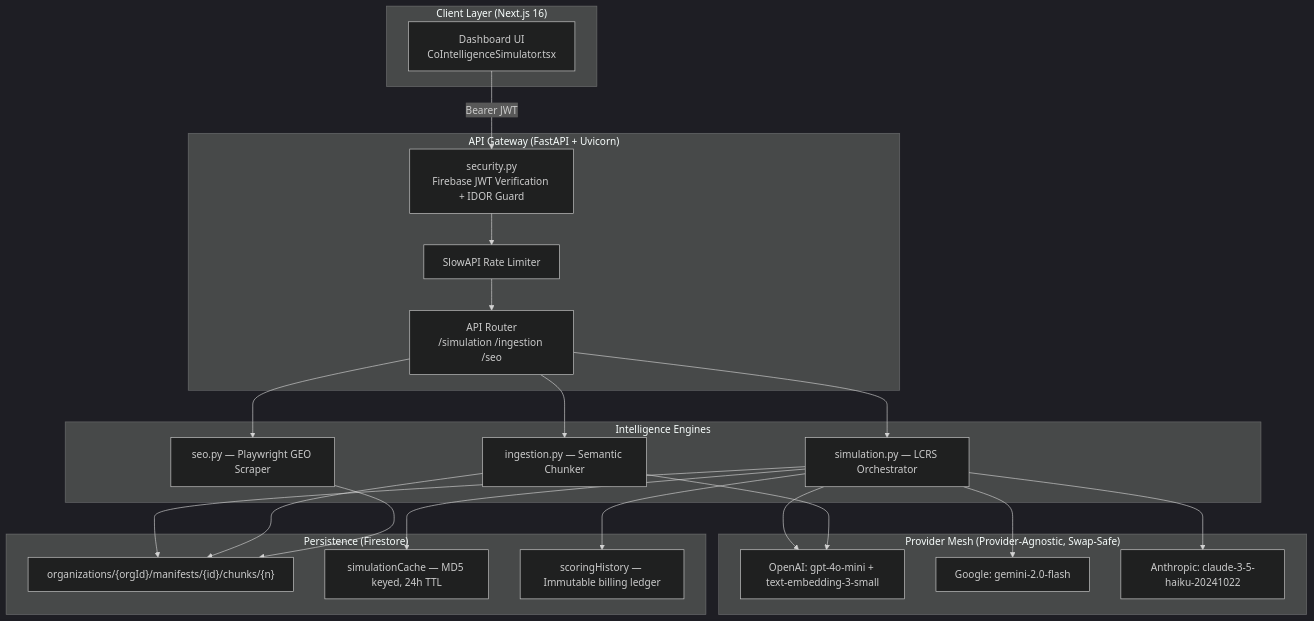
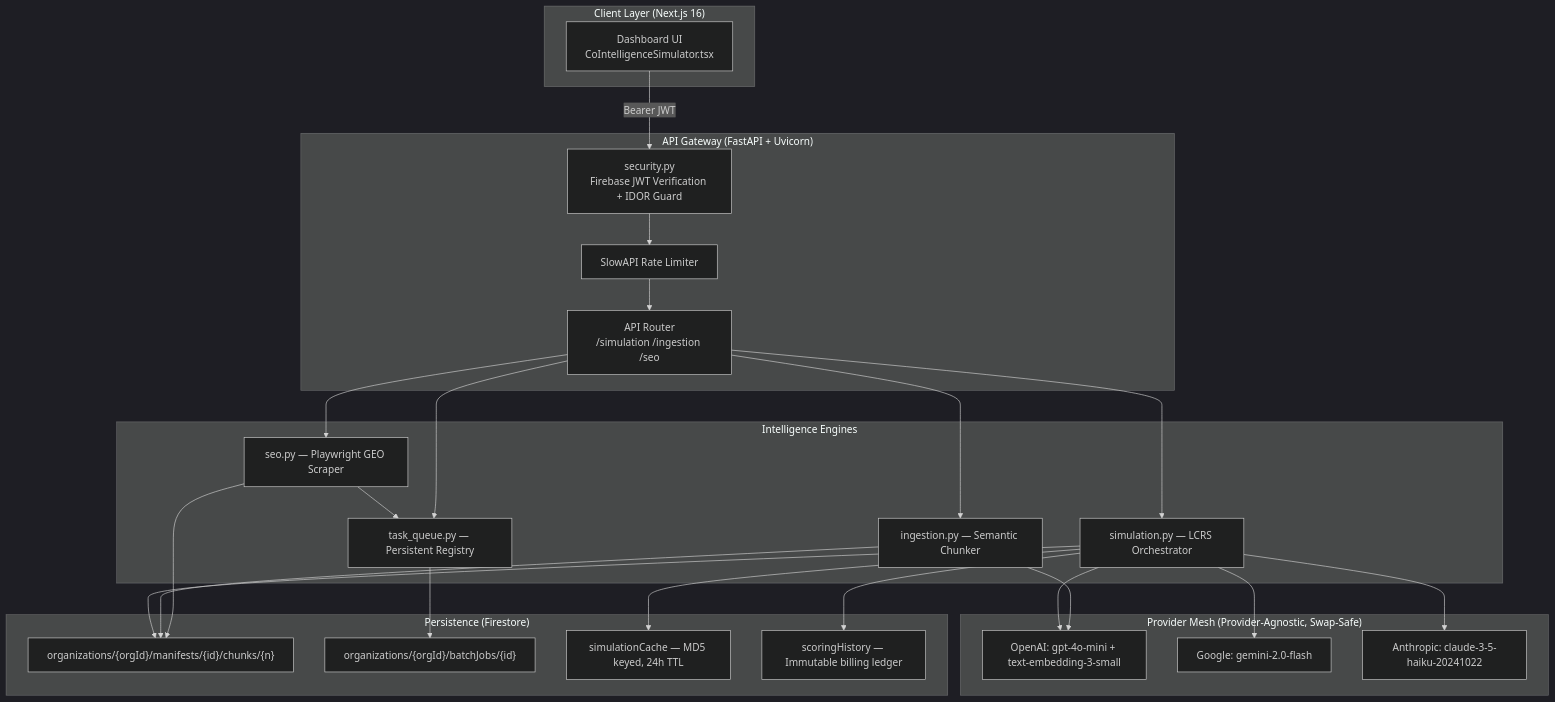
The first of 5 diagrams in AUM_Enterprise_Technical_Specification.md (aum-metrics/Context_Foundry), drawn with Mermaid (dark theme) before and after one commit. The commit also changed other lines of this file and 78 other files, not shown here.

````diff
--- a/AUM_Enterprise_Technical_Specification.md
+++ b/AUM_Enterprise_Technical_Specification.md
@@ -150,38 +154,42 @@
 ```mermaid
 graph TB
     subgraph "Client Layer (Next.js 16)"
         UI["Dashboard UI<br/>CoIntelligenceSimulator.tsx"]
     end
 
     subgraph "API Gateway (FastAPI + Uvicorn)"
         SEC["security.py<br/>Firebase JWT Verification + IDOR Guard"]
         RL["SlowAPI Rate Limiter"]
         GW["API Router<br/>/simulation /ingestion /seo"]
     end
 
     subgraph "Intelligence Engines"
         SIM["simulation.py — LCRS Orchestrator"]
         ING["ingestion.py — Semantic Chunker"]
         SEO["seo.py — Playwright GEO Scraper"]
+        TQ["task_queue.py — Persistent Registry"]
     end
 
     subgraph "Provider Mesh (Provider-Agnostic, Swap-Safe)"
         OA["OpenAI: gpt-4o-mini + text-embedding-3-small"]
         GG["Google: gemini-2.0-flash"]
         AN["Anthropic: claude-3-5-haiku-20241022"]
     end
 
     subgraph "Persistence (Firestore)"
         DB["organizations/{orgId}/manifests/{id}/chunks/{n}"]
+        TQ_DB["organizations/{orgId}/batchJobs/{id}"]
         CACHE["simulationCache — MD5 keyed, 24h TTL"]
         HIST["scoringHistory — Immutable billing ledger"]
     end
 
     UI --"Bearer JWT"--> SEC --> RL --> GW
     GW --> SIM & ING & SEO
+    SEO & GW --> TQ
+    TQ --> TQ_DB
     SIM --> OA & GG & AN
     ING --> OA
     SIM & ING & SEO --> DB
     SIM --> CACHE
     SIM --> HIST
 ```
````
